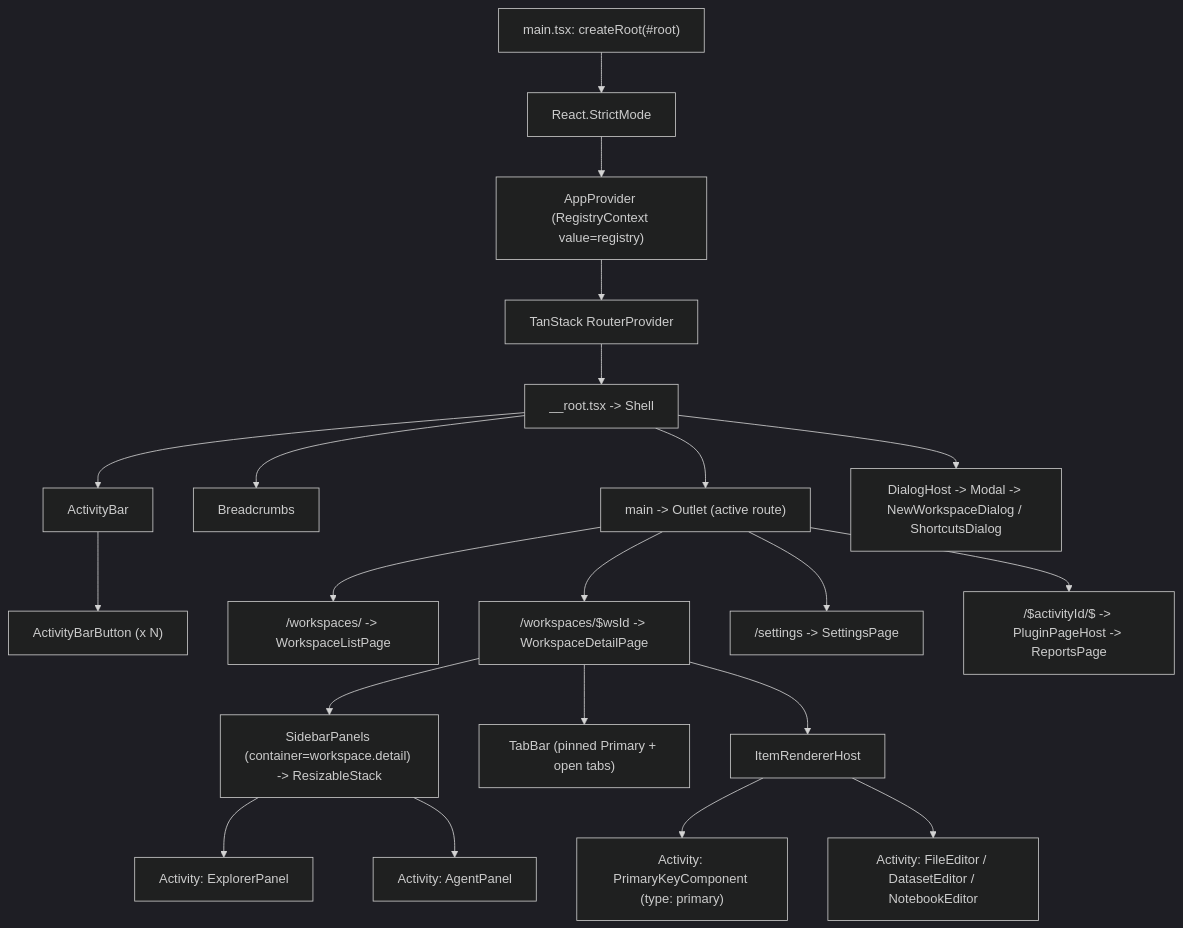
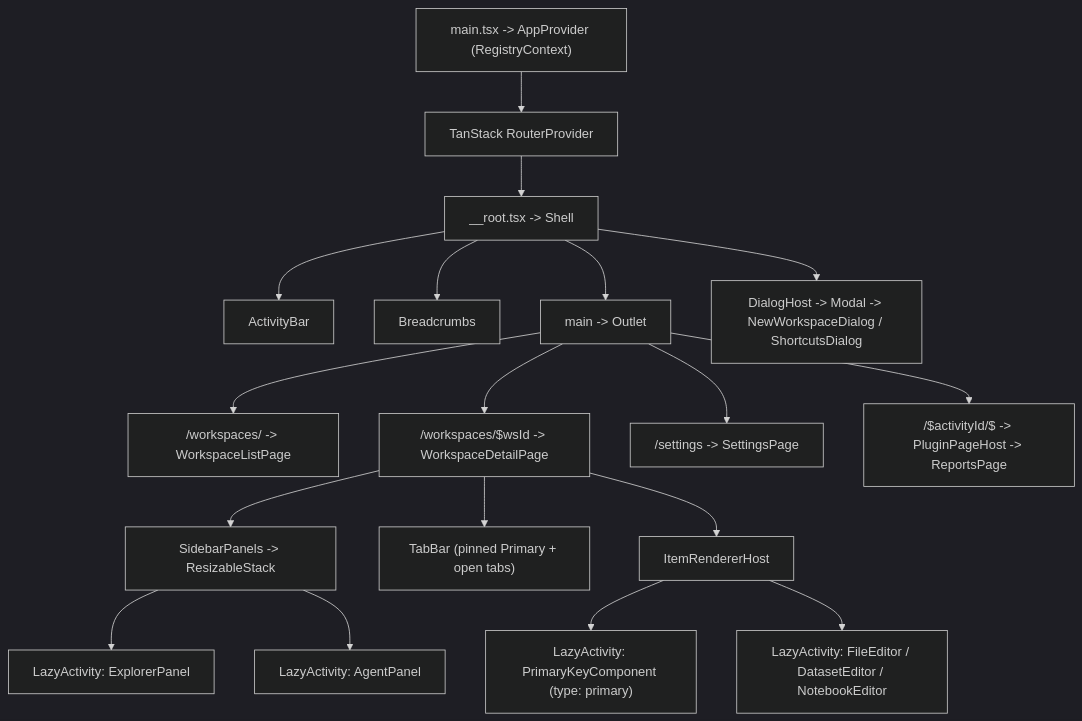
The first of 4 diagrams in docs/DESIGN.md (ppongtong/ide-shell), drawn with Mermaid (dark theme) before and after one commit. The commit also changed other lines of this file and 28 other files, not shown here.

Commit message:
Defer hidden Activity chunks, simplify explorer revealItem contract, and add bridge usePublish

````diff
--- a/docs/DESIGN.md
+++ b/docs/DESIGN.md
@@ -57,29 +50,25 @@
 ```mermaid
 flowchart TD
-    Main["main.tsx: createRoot(#root)"] --> Strict["React.StrictMode"]
-    Strict --> AppProvider["AppProvider (RegistryContext value=registry)"]
-    AppProvider --> RouterProvider["TanStack RouterProvider"]
+    Main["main.tsx -> AppProvider (RegistryContext)"] --> RouterProvider["TanStack RouterProvider"]
     RouterProvider --> Root["__root.tsx -> Shell"]
 
     Root --> ActivityBar["ActivityBar"]
     Root --> Breadcrumbs["Breadcrumbs"]
-    Root --> Outlet["main -> Outlet (active route)"]
+    Root --> Outlet["main -> Outlet"]
     Root --> DialogHost["DialogHost -> Modal -> NewWorkspaceDialog / ShortcutsDialog"]
-
-    ActivityBar --> ActivityBtn["ActivityBarButton (x N)"]
 
     Outlet --> ListPage["/workspaces/ -> WorkspaceListPage"]
     Outlet --> DetailPage["/workspaces/$wsId -> WorkspaceDetailPage"]
     Outlet --> SettingsPage["/settings -> SettingsPage"]
     Outlet --> PluginHost["/$activityId/$ -> PluginPageHost -> ReportsPage"]
 
-    DetailPage --> Sidebar["SidebarPanels (container=workspace.detail) -> ResizableStack"]
+    DetailPage --> Sidebar["SidebarPanels -> ResizableStack"]
     DetailPage --> TabBar["TabBar (pinned Primary + open tabs)"]
-    DetailPage --> ItemRendererHost["ItemRendererHost"]
+    DetailPage --> RendererHost["ItemRendererHost"]
 
-    Sidebar --> ActExp["Activity: ExplorerPanel"]
-    Sidebar --> ActAg["Activity: AgentPanel"]
+    Sidebar --> LazyExp["LazyActivity: ExplorerPanel"]
+    Sidebar --> LazyAg["LazyActivity: AgentPanel"]
 
-    ItemRendererHost --> ActPri["Activity: PrimaryKeyComponent (type: primary)"]
-    ItemRendererHost --> ActEd["Activity: FileEditor / DatasetEditor / NotebookEditor"]
+    RendererHost --> LazyPri["LazyActivity: PrimaryKeyComponent (type: primary)"]
+    RendererHost --> LazyItem["LazyActivity: FileEditor / DatasetEditor / NotebookEditor"]
 ```
````
